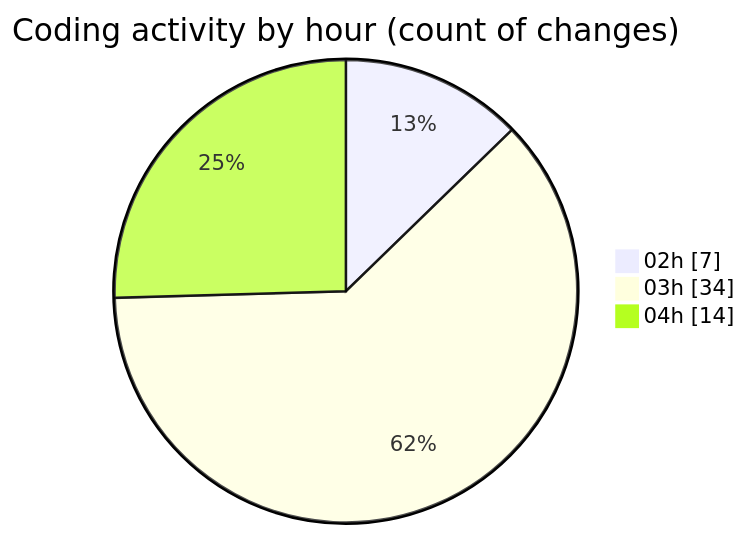
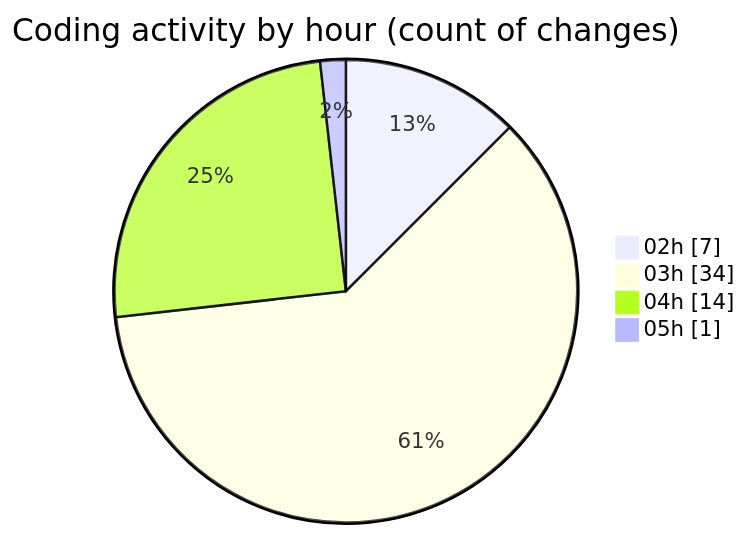
Before and after one commit to JenPaints/code-tracking: the second of 2 diagrams in 2025-05-29/kimberly-groups/README.md, drawn with Mermaid. The commit also changed other lines of this file and 1 other file, not shown here.

````diff
--- a/2025-05-29/kimberly-groups/README.md
+++ b/2025-05-29/kimberly-groups/README.md
@@ -36,7 +36,8 @@
 ```mermaid
 pie showData
 title Coding activity by hour (count of changes)
 "02h" : 7
 "03h" : 34
 "04h" : 14
+"05h" : 1
 ```
````
